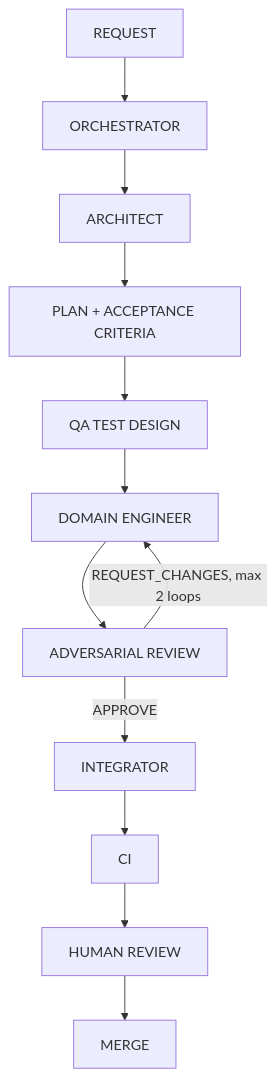
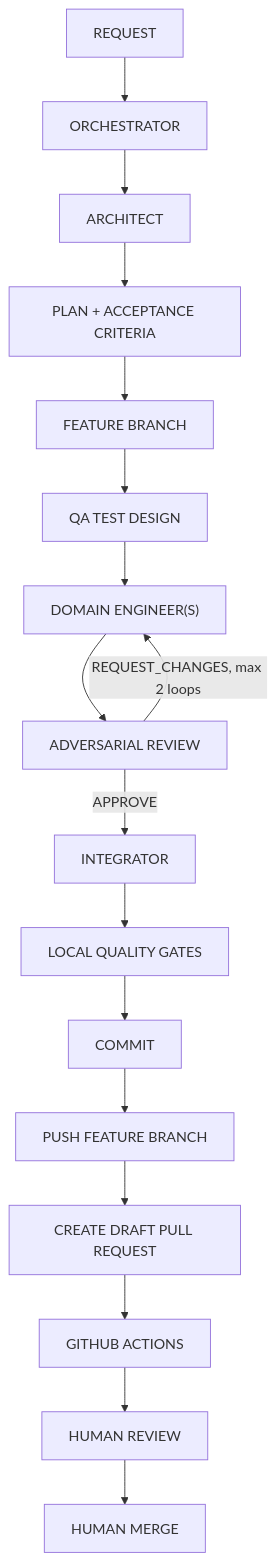
The diagram in docs/development-workflow.md (andywrussell/caddai), drawn with Mermaid before and after one commit. The commit also changed other lines of this file and 7 other files, not shown here.

First line of the commit message:
chore(agents): finalize GitHub pull request workflow policy

````diff
--- a/docs/development-workflow.md
+++ b/docs/development-workflow.md
@@ -7,14 +7,19 @@
 ```mermaid
 flowchart TD
     A[REQUEST] --> B[ORCHESTRATOR]
     B --> C[ARCHITECT]
     C --> D[PLAN + ACCEPTANCE CRITERIA]
-    D --> E[QA TEST DESIGN]
-    E --> F[DOMAIN ENGINEER]
-    F --> G[ADVERSARIAL REVIEW]
-    G -->|REQUEST_CHANGES, max 2 loops| F
-    G -->|APPROVE| H[INTEGRATOR]
-    H --> I[CI]
-    I --> J[HUMAN REVIEW]
-    J --> K[MERGE]
+    D --> E[FEATURE BRANCH]
+    E --> F[QA TEST DESIGN]
+    F --> G["DOMAIN ENGINEER(S)"]
+    G --> H[ADVERSARIAL REVIEW]
+    H -->|REQUEST_CHANGES, max 2 loops| G
+    H -->|APPROVE| I[INTEGRATOR]
+    I --> J[LOCAL QUALITY GATES]
+    J --> K[COMMIT]
+    K --> L[PUSH FEATURE BRANCH]
+    L --> M[CREATE DRAFT PULL REQUEST]
+    M --> N[GITHUB ACTIONS]
+    N --> O[HUMAN REVIEW]
+    O --> P[HUMAN MERGE]
 ```
````
